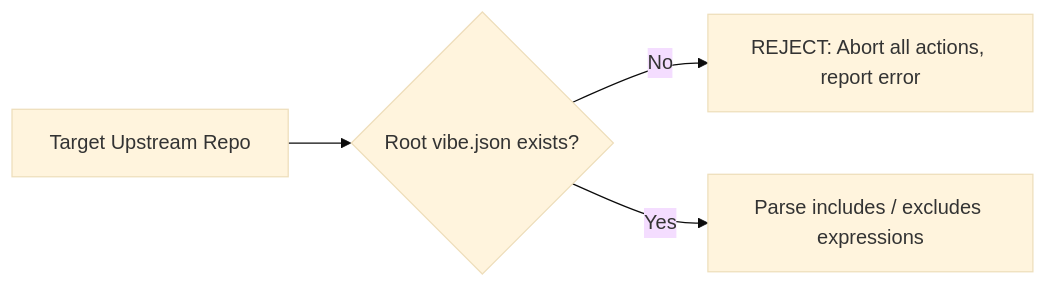
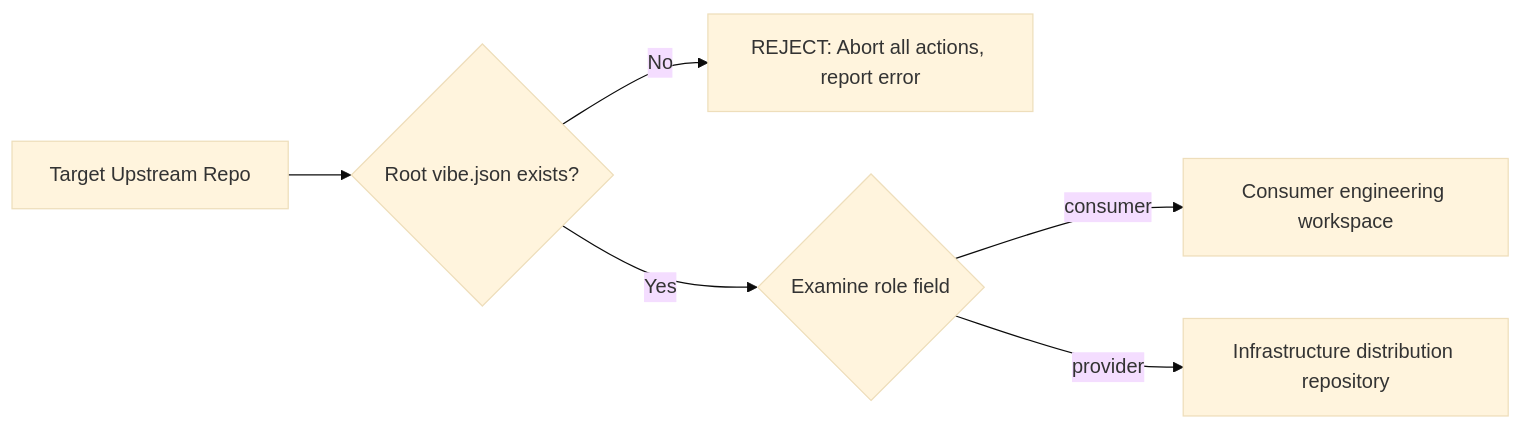
Before and after one commit to seho-dev/vibe-infra: the first of 4 diagrams in prompts/shared-concepts.md, drawn with Mermaid (base theme). The commit also changed other lines of this file and 7 other files, not shown here.

Commit message:
feat(spec): differentiate consumer and provider roles in schema, manifests, and onboarding prompts

````diff
--- a/prompts/shared-concepts.md
+++ b/prompts/shared-concepts.md
@@ -9,6 +9,8 @@
 ```mermaid
 flowchart LR
     TargetRepo["Target Upstream Repo"] --> Check{"Root vibe.json exists?"}
     Check -- No --> Reject["REJECT: Abort all actions, report error"]
-    Check -- Yes --> Parse["Parse includes / excludes expressions"]
+    Check -- Yes --> Role{"Examine role field"}
+    Role -- "consumer" --> C1["Consumer engineering workspace"]
+    Role -- "provider" --> C2["Infrastructure distribution repository"]
 ```
````
